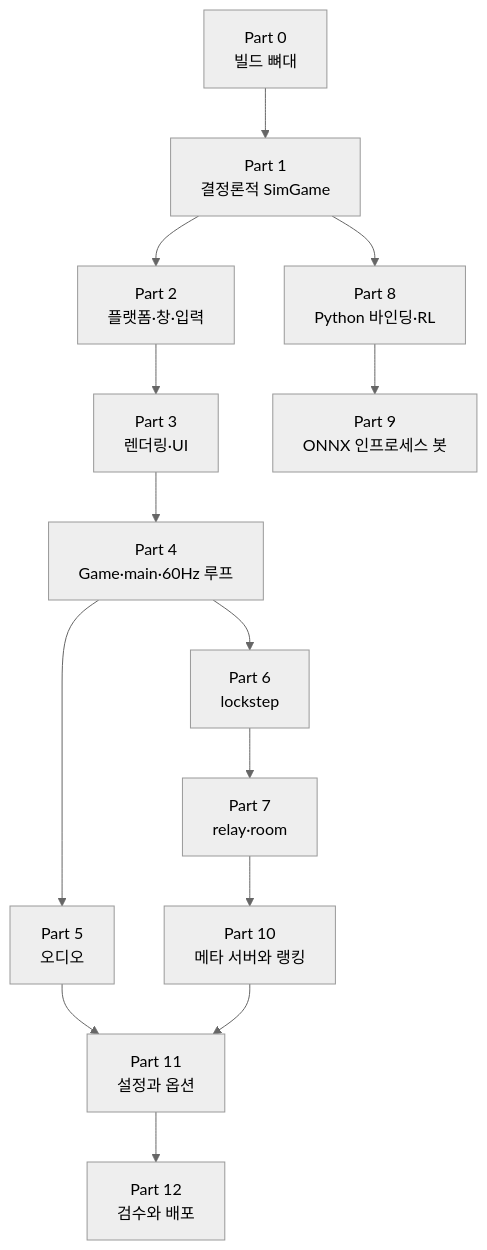
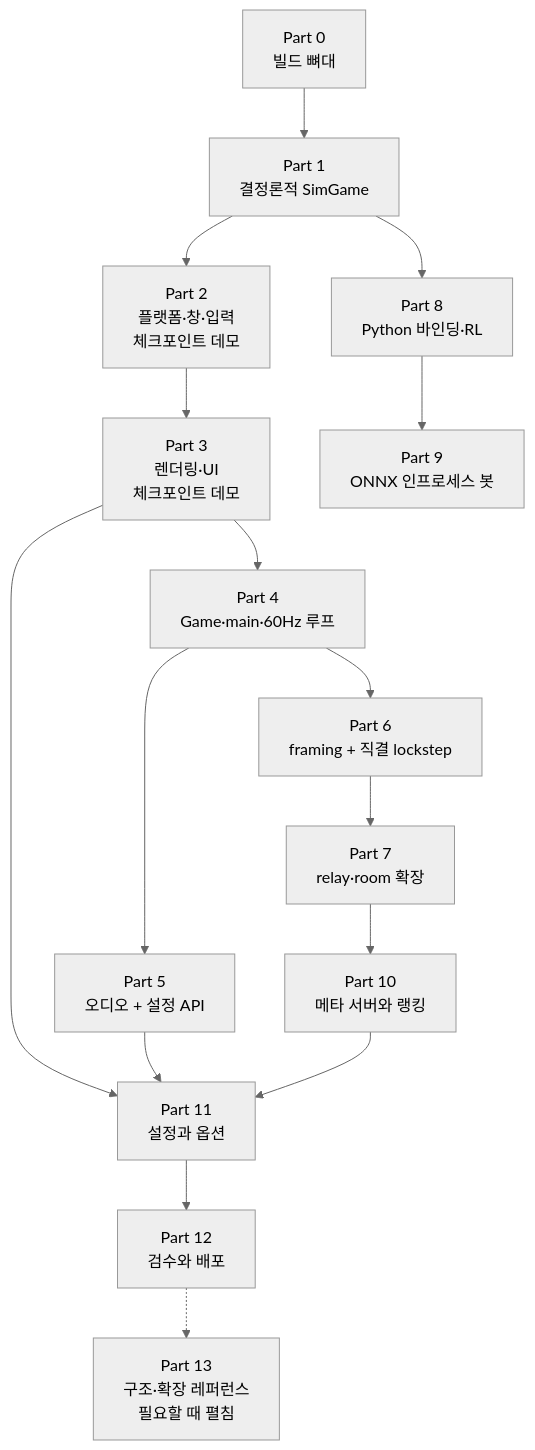
Before and after one commit to Rein-ArXiv/Tetris-Multiplayer-RL: the first of 2 diagrams in docs/blog/README.md, drawn with Mermaid (neutral theme). The commit also changed other lines of this file and 41 other files, not shown here.

````diff
--- a/docs/blog/README.md
+++ b/docs/blog/README.md
@@ -20,16 +26,18 @@
 ```mermaid
 graph TB
     P0[Part 0<br/>빌드 뼈대] --> P1[Part 1<br/>결정론적 SimGame]
-    P1 --> P2[Part 2<br/>플랫폼·창·입력]
-    P2 --> P3[Part 3<br/>렌더링·UI]
+    P1 --> P2[Part 2<br/>플랫폼·창·입력<br/>체크포인트 데모]
+    P2 --> P3[Part 3<br/>렌더링·UI<br/>체크포인트 데모]
     P3 --> P4[Part 4<br/>Game·main·60Hz 루프]
-    P4 --> P5[Part 5<br/>오디오]
-    P4 --> P6[Part 6<br/>lockstep]
-    P6 --> P7[Part 7<br/>relay·room]
+    P4 --> P5[Part 5<br/>오디오 + 설정 API]
+    P4 --> P6[Part 6<br/>framing + 직결 lockstep]
+    P6 --> P7[Part 7<br/>relay·room 확장]
     P1 --> P8[Part 8<br/>Python 바인딩·RL]
     P8 --> P9[Part 9<br/>ONNX 인프로세스 봇]
     P7 --> P10[Part 10<br/>메타 서버와 랭킹]
-    P5 --> P11[Part 11<br/>설정과 옵션]
+    P3 --> P11[Part 11<br/>설정과 옵션]
+    P5 --> P11
     P10 --> P11
     P11 --> P12[Part 12<br/>검수와 배포]
+    P12 -.-> P13[Part 13<br/>구조·확장 레퍼런스<br/>필요할 때 펼침]
 ```
````
